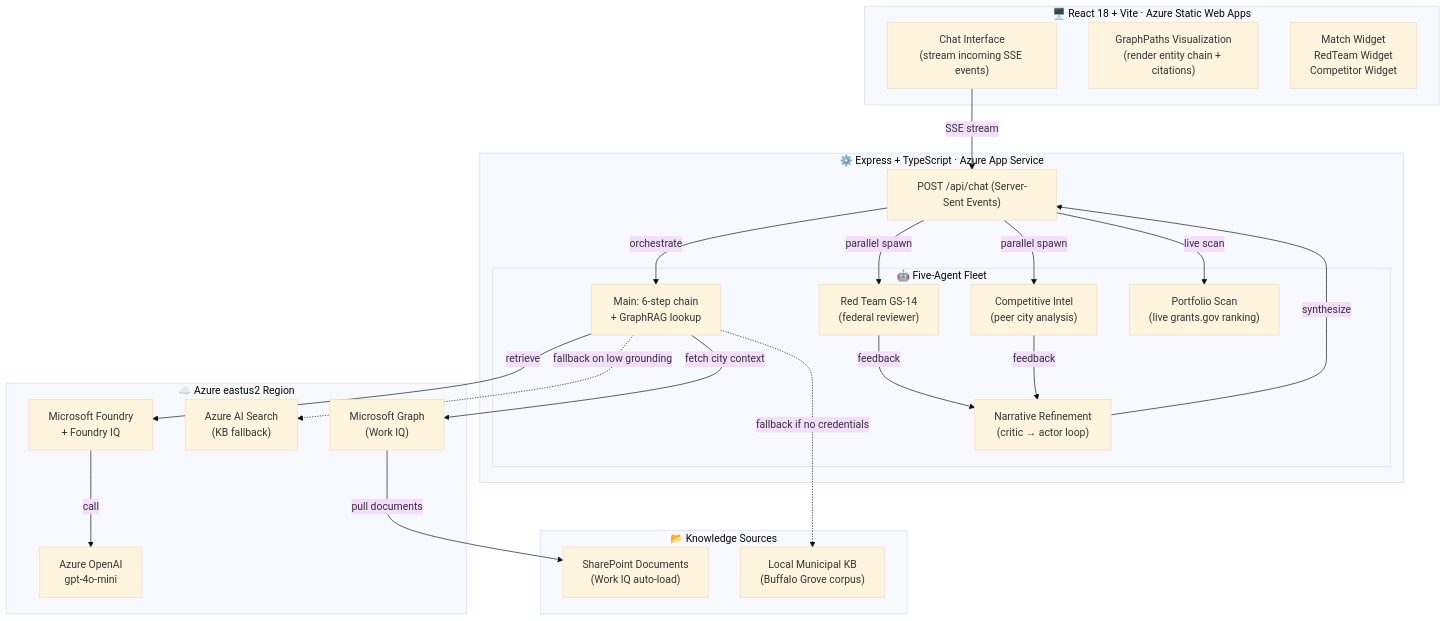
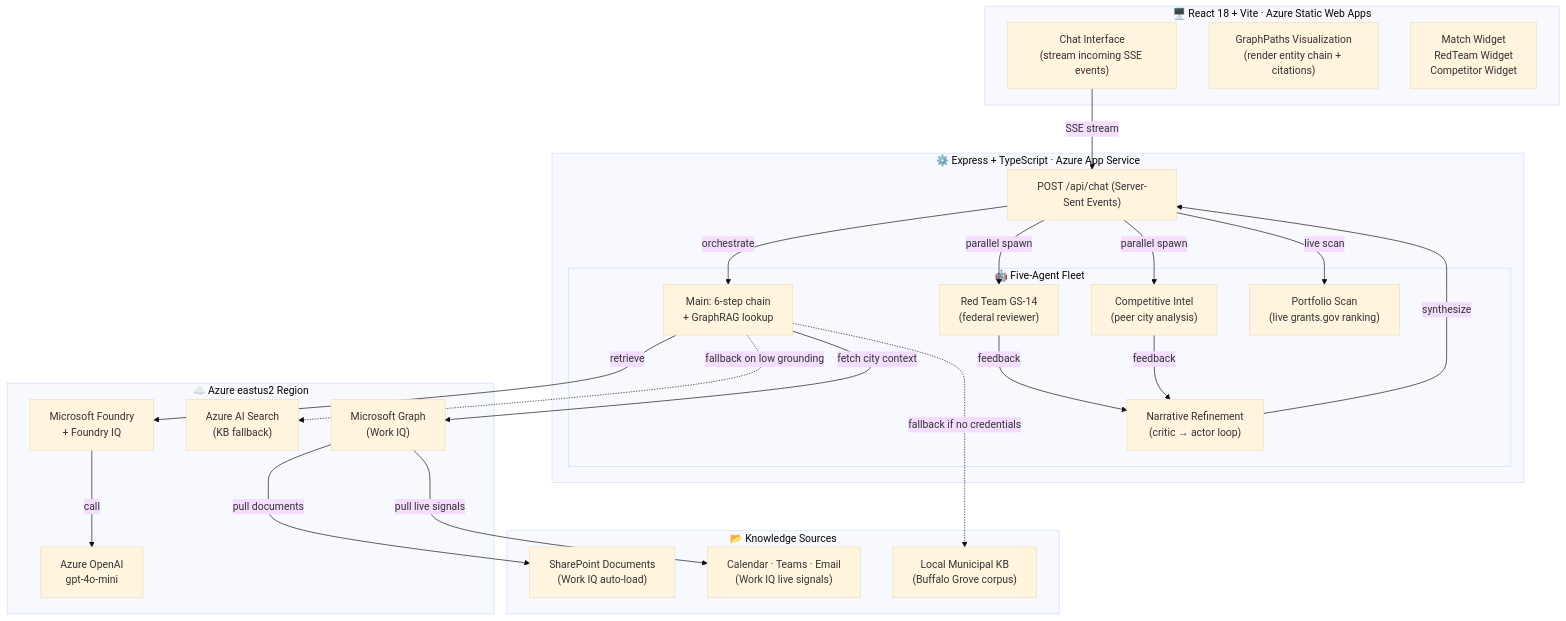
One commit to JonEricEubanks/CivicGrant-IQ changed the diagram in README.md. Above: the diagram before and after it, drawn with Mermaid (base theme). The commit also changed other lines of this file, not shown here.

First line of the commit message:
Revise demo video duration and add live demo links

````diff
--- a/README.md
+++ b/README.md
@@ -214,46 +231,48 @@
 ```mermaid
 graph TD
     subgraph Frontend["🖥️ React 18 + Vite · Azure Static Web Apps"]
         UI["Chat Interface<br/>(stream incoming SSE events)"]
         GraphPanel["GraphPaths Visualization<br/>(render entity chain + citations)"]
         Widgets["Match Widget<br/>RedTeam Widget<br/>Competitor Widget"]
     end
 
     subgraph Backend["⚙️ Express + TypeScript · Azure App Service"]
         Chat["POST /api/chat (Server-Sent Events)"]
         
         subgraph Agents["🤖 Five-Agent Fleet"]
             Main["Main: 6-step chain<br/>+ GraphRAG lookup"]
             RedTeam["Red Team GS-14<br/>(federal reviewer)"]
             Competitor["Competitive Intel<br/>(peer city analysis)"]
             Portfolio["Portfolio Scan<br/>(live grants.gov ranking)"]
             Refinement["Narrative Refinement<br/>(critic → actor loop)"]
         end
     end
 
     subgraph Azure["☁️ Azure eastus2 Region"]
         Foundry["Microsoft Foundry<br/>+ Foundry IQ"]
         AOAI["Azure OpenAI<br/>gpt-4o-mini"]
         Search["Azure AI Search<br/>(KB fallback)"]
         Graph["Microsoft Graph<br/>(Work IQ)"]
     end
 
     subgraph Data["📂 Knowledge Sources"]
         SharePoint["SharePoint Documents<br/>(Work IQ auto-load)"]
+        M365["Calendar · Teams · Email<br/>(Work IQ live signals)"]
         LocalKB["Local Municipal KB<br/>(Buffalo Grove corpus)"]
     end
 
     UI -->|SSE stream| Chat
     Chat -->|orchestrate| Main
     Main -->|retrieve| Foundry
     Foundry -->|call| AOAI
     Main -.->|fallback on low grounding| Search
     Main -->|fetch city context| Graph
     Graph -->|pull documents| SharePoint
+    Graph -->|pull live signals| M365
     Main -.->|fallback if no credentials| LocalKB
     Chat -->|parallel spawn| RedTeam
     Chat -->|parallel spawn| Competitor
     Chat -->|live scan| Portfolio
     RedTeam & Competitor -->|feedback| Refinement
     Refinement -->|synthesize| Chat
 ```
````
